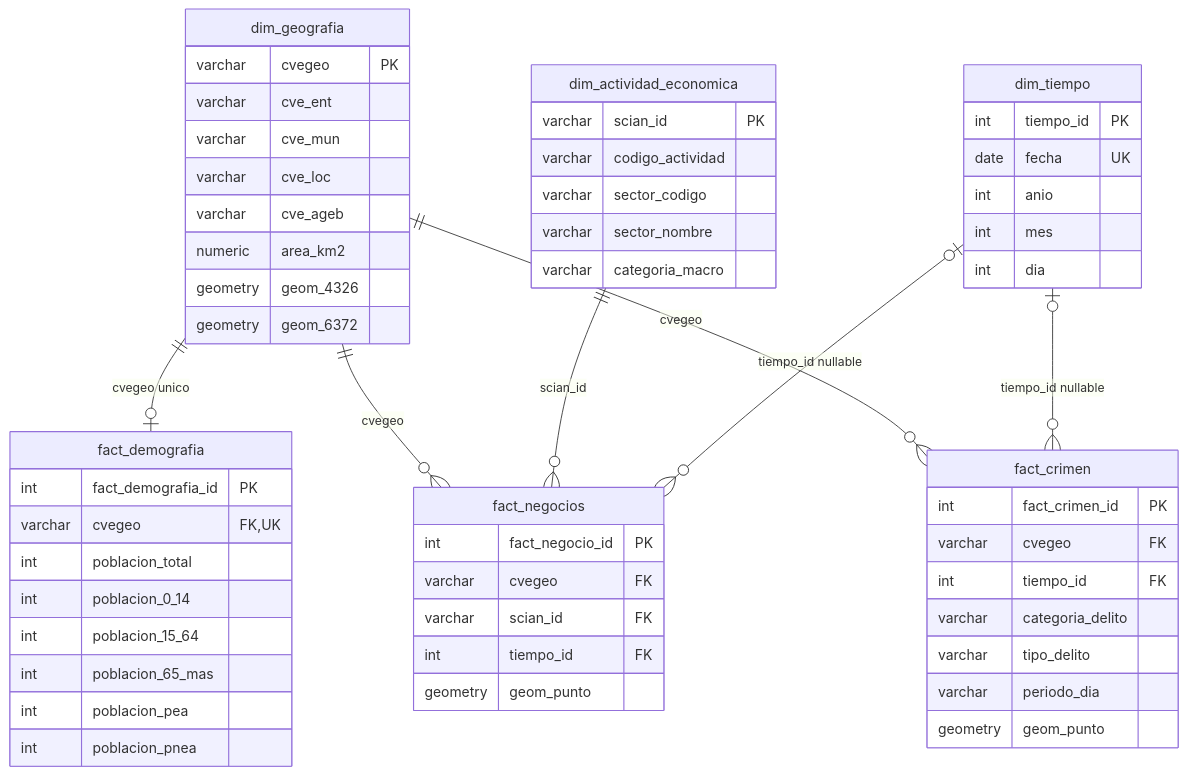
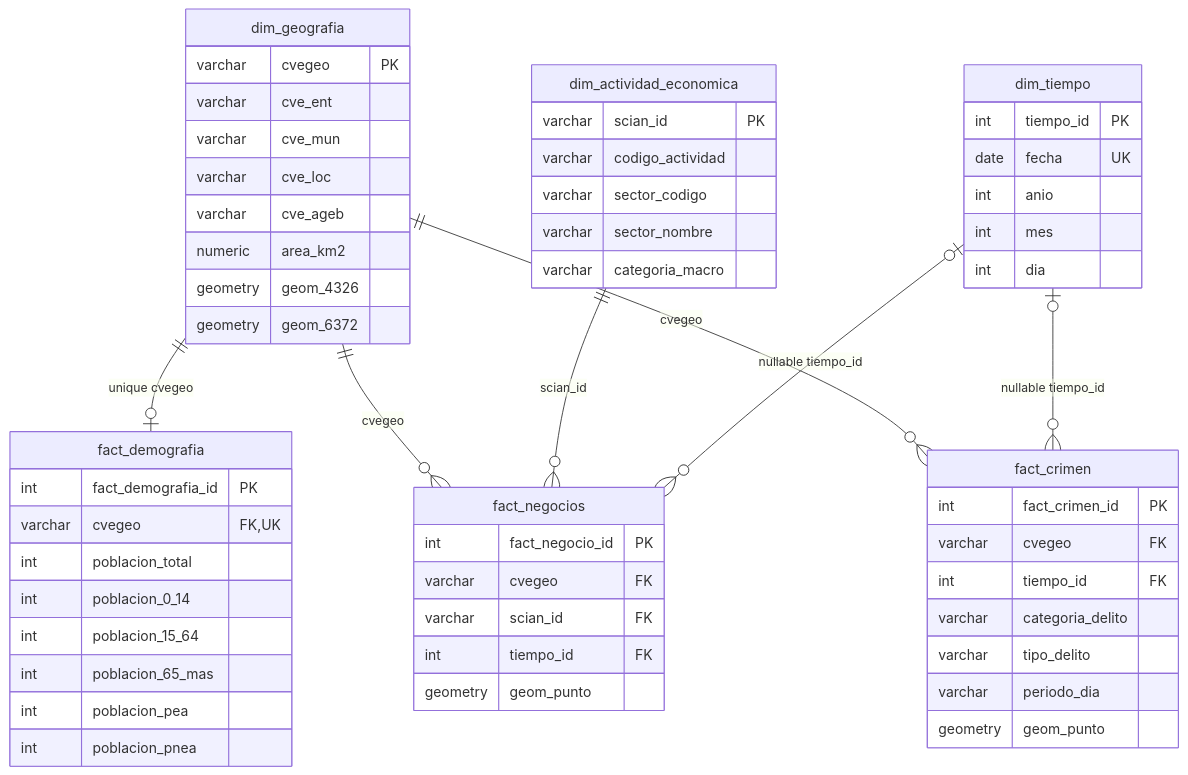
The diagram in docs/warehouse_model.md (RusselKu/Merida-Urben-Intelligence-By-Sunchos-Team), drawn with Mermaid before and after one commit. The commit also changed other lines of this file and 6 other files, not shown here.

Commit message:
docs(qa): translate deliverables and export warehouse diagram

````diff
--- a/docs/warehouse_model.md
+++ b/docs/warehouse_model.md
@@ -7,60 +9,60 @@
 ```mermaid
 erDiagram
-    dim_geografia ||--o| fact_demografia : "cvegeo unico"
+    dim_geografia ||--o| fact_demografia : "unique cvegeo"
     dim_geografia ||--o{ fact_negocios : cvegeo
     dim_geografia ||--o{ fact_crimen : cvegeo
     dim_actividad_economica ||--o{ fact_negocios : scian_id
-    dim_tiempo o|--o{ fact_negocios : "tiempo_id nullable"
-    dim_tiempo o|--o{ fact_crimen : "tiempo_id nullable"
+    dim_tiempo o|--o{ fact_negocios : "nullable tiempo_id"
+    dim_tiempo o|--o{ fact_crimen : "nullable tiempo_id"
 
     dim_geografia {
         varchar cvegeo PK
         varchar cve_ent
         varchar cve_mun
         varchar cve_loc
         varchar cve_ageb
         numeric area_km2
         geometry geom_4326
         geometry geom_6372
     }
     dim_tiempo {
         int tiempo_id PK
         date fecha UK
         int anio
         int mes
         int dia
     }
     dim_actividad_economica {
         varchar scian_id PK
         varchar codigo_actividad
         varchar sector_codigo
         varchar sector_nombre
         varchar categoria_macro
     }
     fact_demografia {
         int fact_demografia_id PK
         varchar cvegeo FK,UK
         int poblacion_total
         int poblacion_0_14
         int poblacion_15_64
         int poblacion_65_mas
         int poblacion_pea
         int poblacion_pnea
     }
     fact_negocios {
         int fact_negocio_id PK
         varchar cvegeo FK
         varchar scian_id FK
         int tiempo_id FK
         geometry geom_punto
     }
     fact_crimen {
         int fact_crimen_id PK
         varchar cvegeo FK
         int tiempo_id FK
         varchar categoria_delito
         varchar tipo_delito
         varchar periodo_dia
         geometry geom_punto
     }
 ```
````
